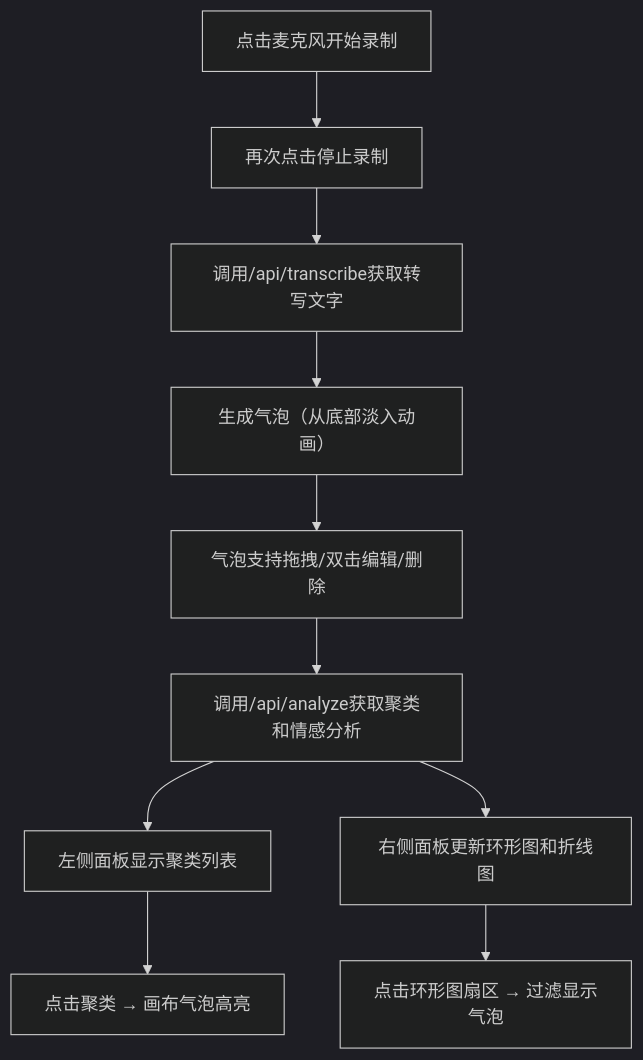
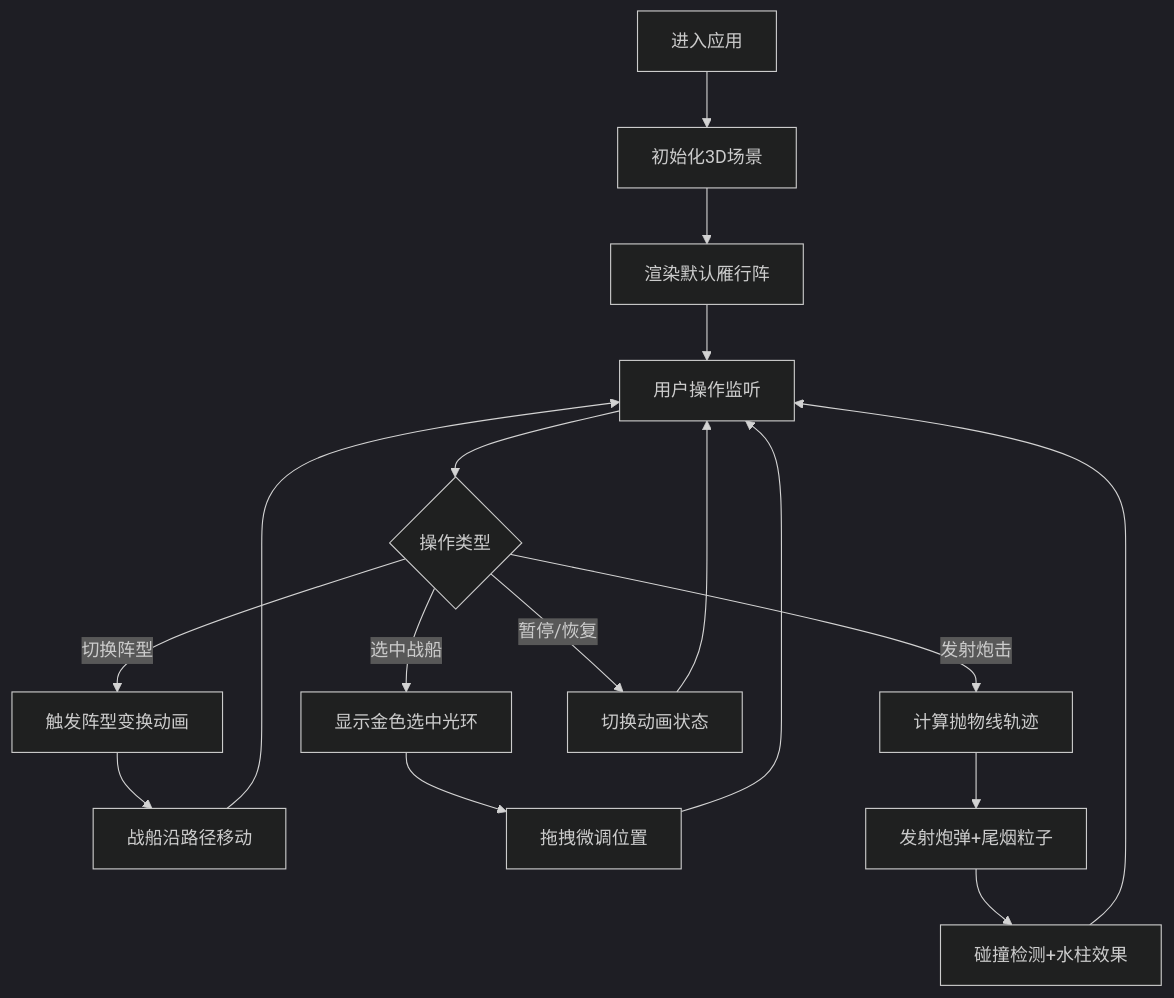
One commit to LIANG0828906/solo changed the diagram in cp2_6.9_auto7/.trae/documents/PRD.md. Above: the diagram before and after it, drawn with Mermaid (dark theme). The commit also changed other lines of this file and 15 other files, not shown here.

````diff
--- a/cp2_6.9_auto7/.trae/documents/PRD.md
+++ b/cp2_6.9_auto7/.trae/documents/PRD.md
@@ -30,12 +32,19 @@
 ```mermaid
 flowchart TD
-    A["点击麦克风开始录制"] --> B["再次点击停止录制"]
-    B --> C["调用/api/transcribe获取转写文字"]
-    C --> D["生成气泡（从底部淡入动画）"]
-    D --> E["气泡支持拖拽/双击编辑/删除"]
-    E --> F["调用/api/analyze获取聚类和情感分析"]
-    F --> G["左侧面板显示聚类列表"]
-    F --> H["右侧面板更新环形图和折线图"]
-    G --> I["点击聚类 → 画布气泡高亮"]
-    H --> J["点击环形图扇区 → 过滤显示气泡"]
+    A["进入应用"] --> B["初始化3D场景"]
+    B --> C["渲染默认雁行阵"]
+    C --> D["用户操作监听"]
+    D --> E{"操作类型"}
+    E -->|切换阵型| F["触发阵型变换动画"]
+    F --> G["战船沿路径移动"]
+    G --> D
+    E -->|选中战船| H["显示金色选中光环"]
+    H --> I["拖拽微调位置"]
+    I --> D
+    E -->|发射炮击| J["计算抛物线轨迹"]
+    J --> K["发射炮弹+尾烟粒子"]
+    K --> L["碰撞检测+水柱效果"]
+    L --> D
+    E -->|暂停/恢复| M["切换动画状态"]
+    M --> D
 ```
````
